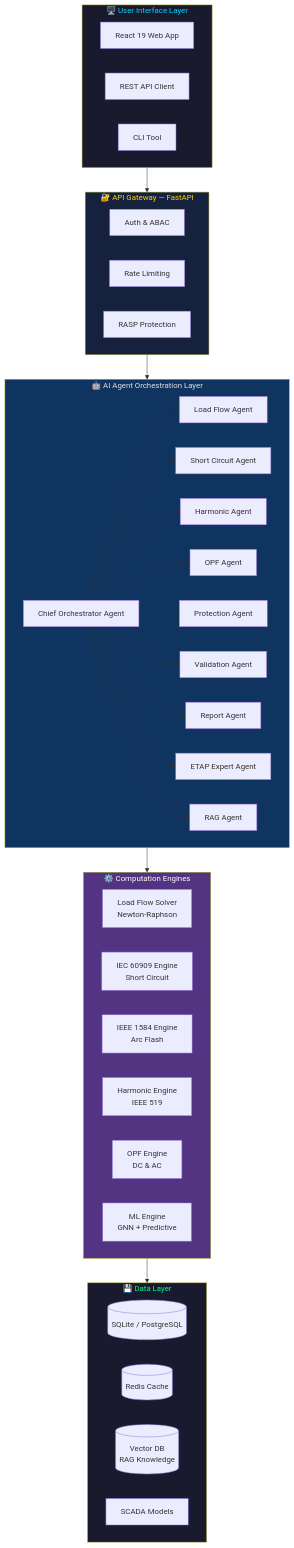
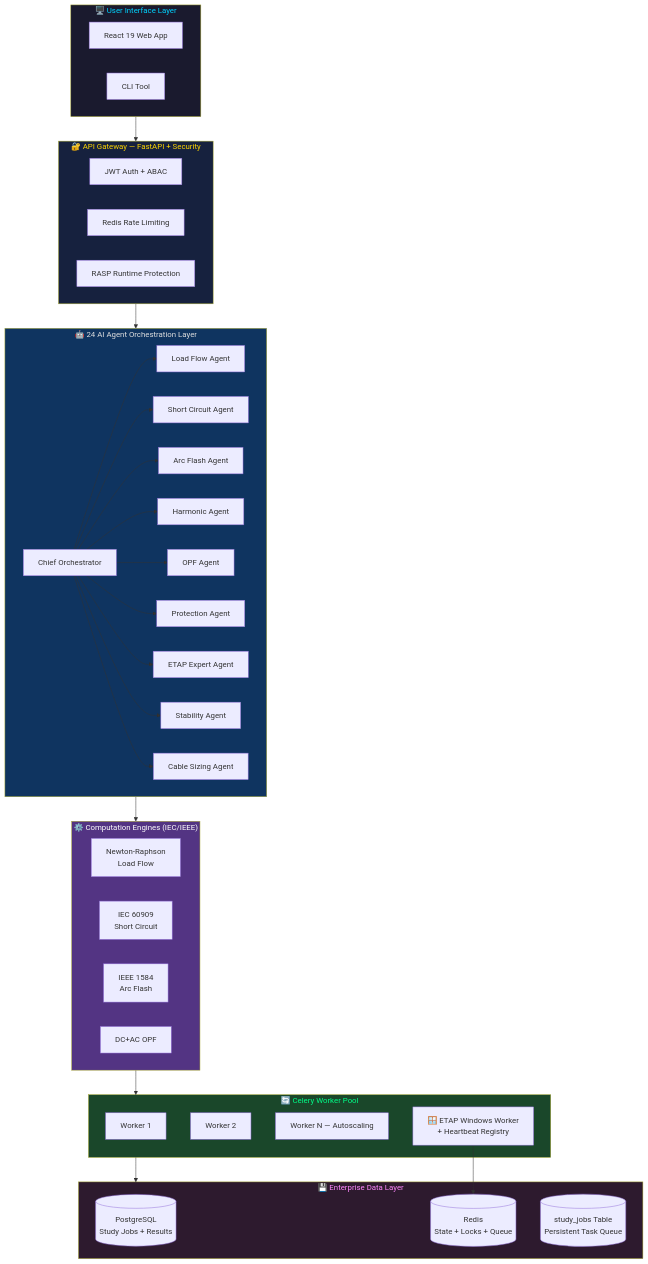
The first of 3 diagrams in README.md (ahmdelbaz28-ux/ETAP-AI-WORK-), drawn with Mermaid before and after one commit. The commit also changed other lines of this file, not shown here.

First line of the commit message:
docs(readme): v2.1.0 enterprise production update

````diff
--- a/README.md
+++ b/README.md
@@ -121,56 +125,61 @@
 ```mermaid
 graph TB
     subgraph UI["🖥️ User Interface Layer"]
         WEB[React 19 Web App]
-        API_CLIENT[REST API Client]
         CLI[CLI Tool]
     end
 
-    subgraph GATEWAY["🔐 API Gateway — FastAPI"]
-        AUTH[Auth & ABAC]
-        RATE[Rate Limiting]
-        RASP[RASP Protection]
+    subgraph GATEWAY["🔐 API Gateway — FastAPI + Security"]
+        AUTH[JWT Auth + ABAC]
+        RATE[Redis Rate Limiting]
+        RASP[RASP Runtime Protection]
     end
 
-    subgraph AGENTS["🤖 AI Agent Orchestration Layer"]
-        ORCH[Chief Orchestrator Agent]
+    subgraph AGENTS["🤖 24 AI Agent Orchestration Layer"]
+        ORCH[Chief Orchestrator]
         LF[Load Flow Agent]
         SC[Short Circuit Agent]
-        HA[Harmonic Agent]
+        ARC[Arc Flash Agent]
+        HARM[Harmonic Agent]
         OPF[OPF Agent]
         PROT[Protection Agent]
-        VAL[Validation Agent]
-        REP[Report Agent]
         ETAP_A[ETAP Expert Agent]
-        RAG_A[RAG Agent]
+        STAB[Stability Agent]
+        CABLE[Cable Sizing Agent]
     end
 
-    subgraph ENGINES["⚙️ Computation Engines"]
-        LF_ENG[Load Flow Solver\nNewton-Raphson]
-        SC_ENG[IEC 60909 Engine\nShort Circuit]
-        AF_ENG[IEEE 1584 Engine\nArc Flash]
-        HA_ENG[Harmonic Engine\nIEEE 519]
-        OPF_ENG[OPF Engine\nDC & AC]
-        ML_ENG[ML Engine\nGNN + Predictive]
+    subgraph ENGINES["⚙️ Computation Engines (IEC/IEEE)"]
+        LF_ENG[Newton-Raphson\nLoad Flow]
+        SC_ENG[IEC 60909\nShort Circuit]
+        AF_ENG[IEEE 1584\nArc Flash]
+        OPF_ENG[DC+AC OPF]
     end
 
-    subgraph DATA["💾 Data Layer"]
-        DB[(SQLite / PostgreSQL)]
-        CACHE[(Redis Cache)]
-        VDB[(Vector DB\nRAG Knowledge)]
-        SCADA_M[SCADA Models]
+    subgraph WORKERS["🔄 Celery Worker Pool"]
+        CW1[Worker 1]
+        CW2[Worker 2]
+        CWN[Worker N — Autoscaling]
+        WIN[🪟 ETAP Windows Worker\n+ Heartbeat Registry]
+    end
+
+    subgraph DATA["💾 Enterprise Data Layer"]
+        PG[(PostgreSQL\nStudy Jobs + Results)]
+        REDIS[(Redis\nState + Locks + Queue)]
+        JOB[(study_jobs Table\nPersistent Task Queue)]
     end
 
     UI --> GATEWAY
     GATEWAY --> AGENTS
-    ORCH --> LF & SC & HA & OPF & PROT
-    ORCH --> VAL & REP & ETAP_A & RAG_A
+    ORCH --> LF & SC & ARC & HARM & OPF & PROT & ETAP_A & STAB & CABLE
     AGENTS --> ENGINES
-    ENGINES --> DATA
+    ENGINES --> WORKERS
+    WORKERS --> DATA
+    WIN --> REDIS
 
     style UI fill:#1a1a2e,color:#00d4ff
     style GATEWAY fill:#16213e,color:#ffd700
     style AGENTS fill:#0f3460,color:#e0e0e0
     style ENGINES fill:#533483,color:#ffffff
-    style DATA fill:#1a1a2e,color:#00ff88
+    style WORKERS fill:#1a472a,color:#00ff88
+    style DATA fill:#2d1a2e,color:#ff88ff
 ```
````
